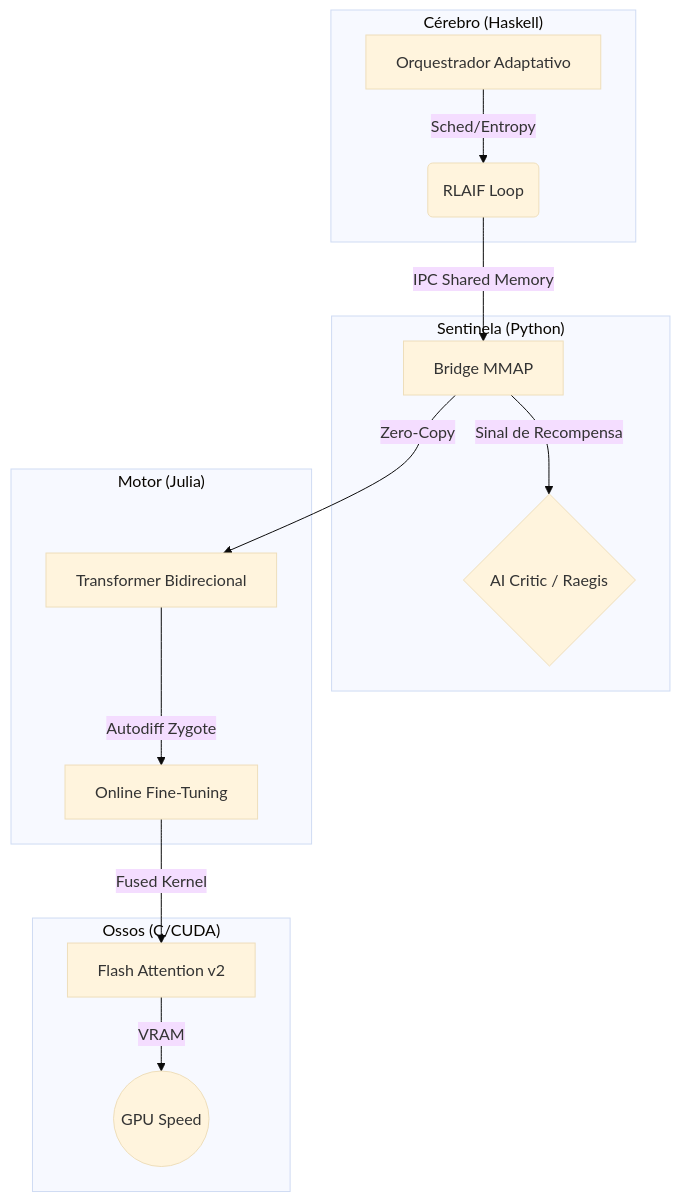
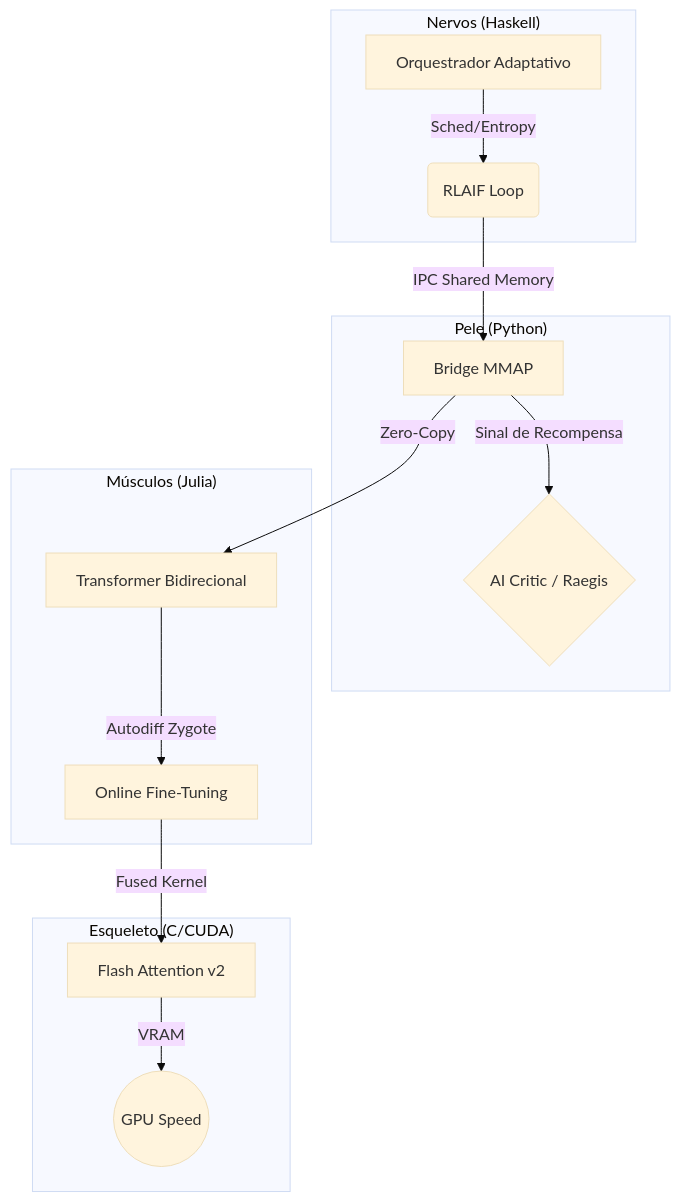
One commit to Rukafuu/CAFUNE changed the diagram in README.md. Above: the diagram before and after it, drawn with Mermaid (base theme). The commit also changed other lines of this file, not shown here.

````diff
--- a/README.md
+++ b/README.md
@@ -23,21 +24,21 @@
 ```mermaid
 graph TD
-    subgraph "Cérebro (Haskell)"
+    subgraph "Nervos (Haskell)"
         A[Orquestrador Adaptativo] -->|Sched/Entropy| B(RLAIF Loop)
     end
     
-    subgraph "Sentinela (Python)"
+    subgraph "Pele (Python)"
         B -->|IPC Shared Memory| C[Bridge MMAP]
         C -->|Sinal de Recompensa| D{AI Critic / Raegis}
     end
     
-    subgraph "Motor (Julia)"
+    subgraph "Músculos (Julia)"
         C -->|Zero-Copy| E[Transformer Bidirecional]
         E -->|Autodiff Zygote| F[Online Fine-Tuning]
     end
     
-    subgraph "Ossos (C/CUDA)"
+    subgraph "Esqueleto (C/CUDA)"
         F -->|Fused Kernel| G[Flash Attention v2]
         G -->|VRAM| H((GPU Speed))
     end
 ```
````
